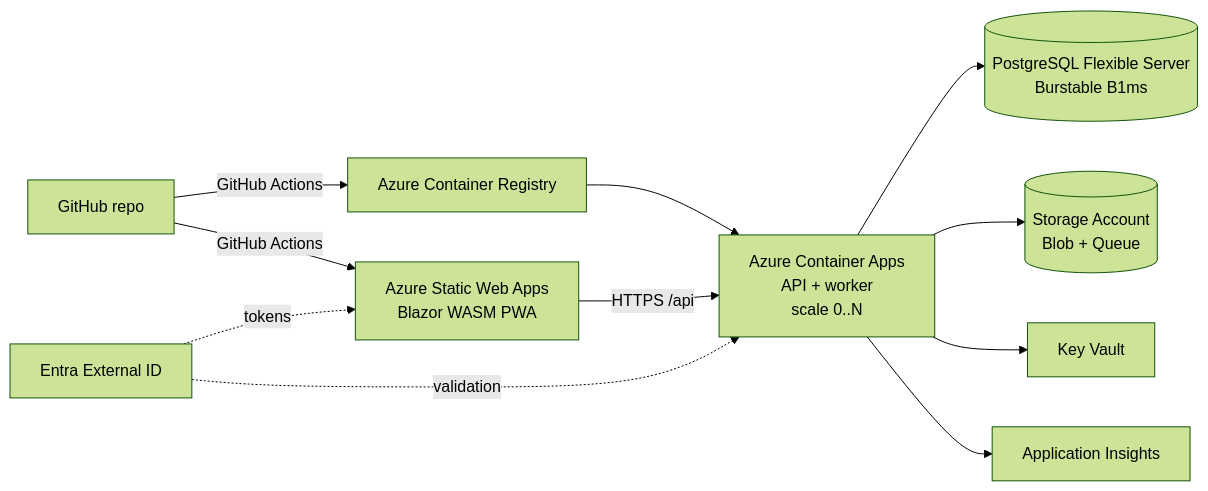
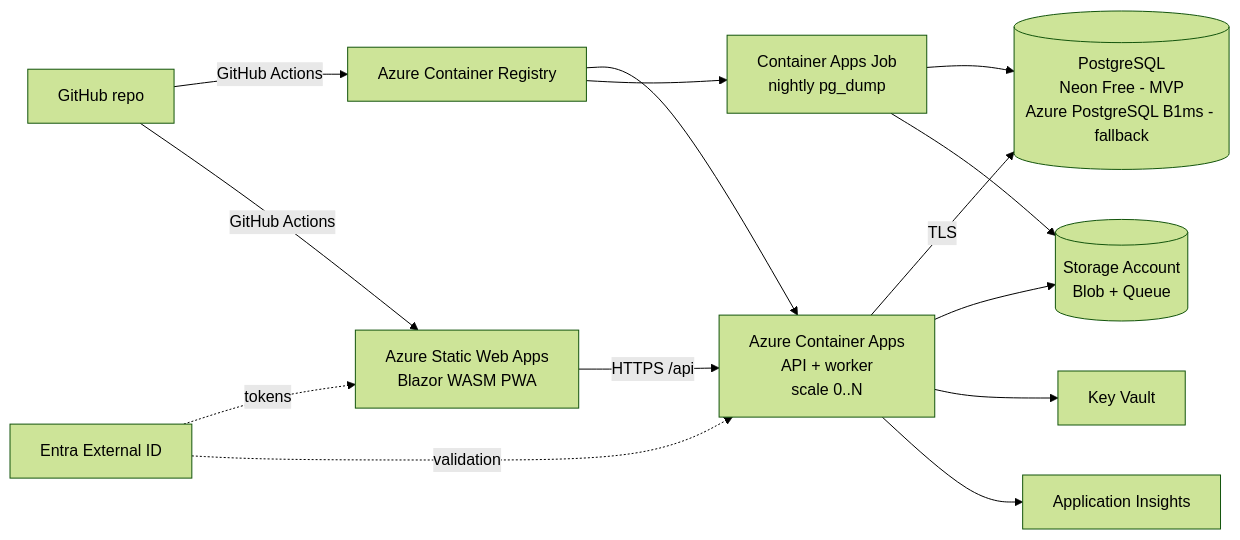
The eighth of 8 diagrams in 02-architecture.md (jborowiak/Collection-Organizer), drawn with Mermaid (forest theme) before and after one commit. The commit also changed other lines of this file, not shown here.

Commit message:
Update architecture design

````diff
--- a/02-architecture.md
+++ b/02-architecture.md
@@ -469,13 +470,16 @@
 ```mermaid
 flowchart LR
     DEV[GitHub repo] -->|GitHub Actions| ACR[Azure Container Registry]
     DEV -->|GitHub Actions| SWA[Azure Static Web Apps<br/>Blazor WASM PWA]
     ACR --> ACA[Azure Container Apps<br/>API + worker<br/>scale 0..N]
+    ACR --> JOB[Container Apps Job<br/>nightly pg_dump]
     SWA -->|HTTPS /api| ACA
-    ACA --> PG[(PostgreSQL Flexible Server<br/>Burstable B1ms)]
+    ACA -->|TLS| PG[(PostgreSQL<br/>Neon Free - MVP<br/>Azure PostgreSQL B1ms - fallback)]
     ACA --> ST[(Storage Account<br/>Blob + Queue)]
+    JOB --> PG
+    JOB --> ST
     ACA --> KV[Key Vault]
     ACA --> AI[Application Insights]
     ENTRA[Entra External ID] -.tokens.-> SWA
     ENTRA -.validation.-> ACA
 ```
````
